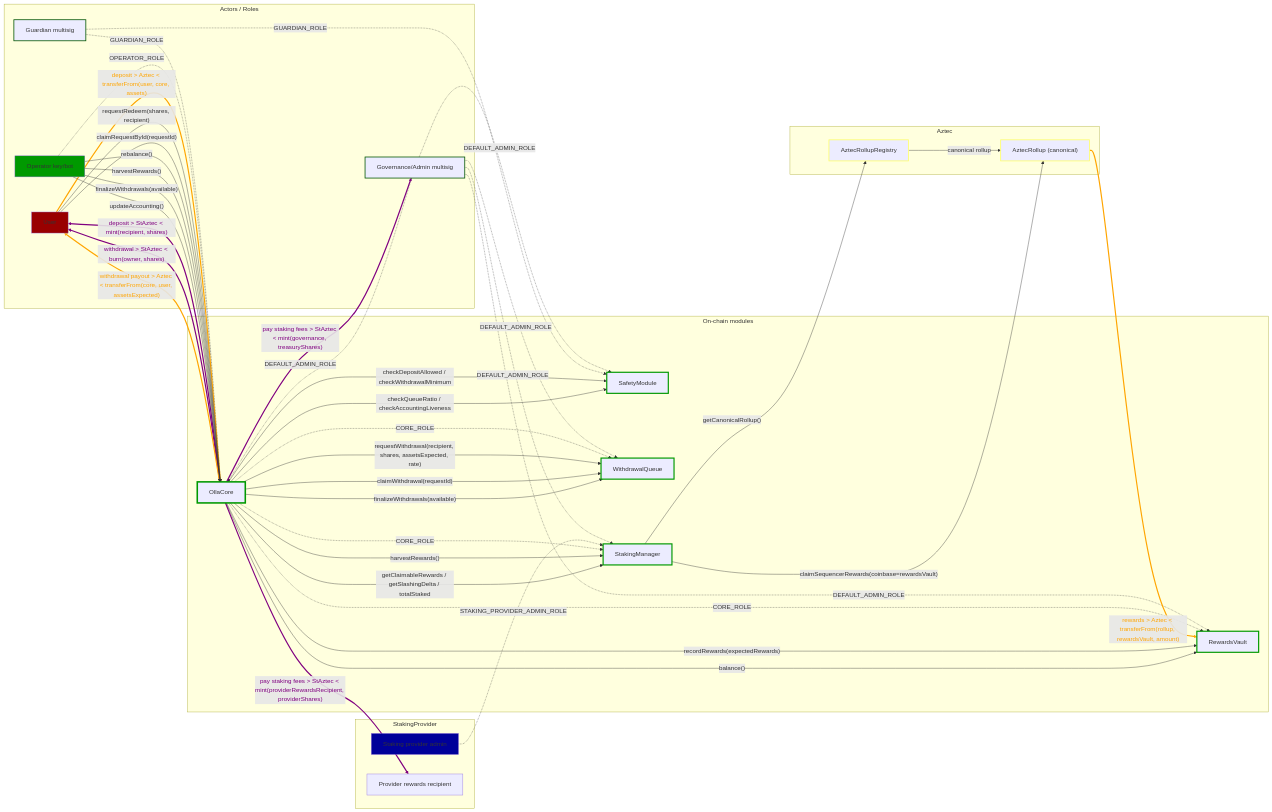
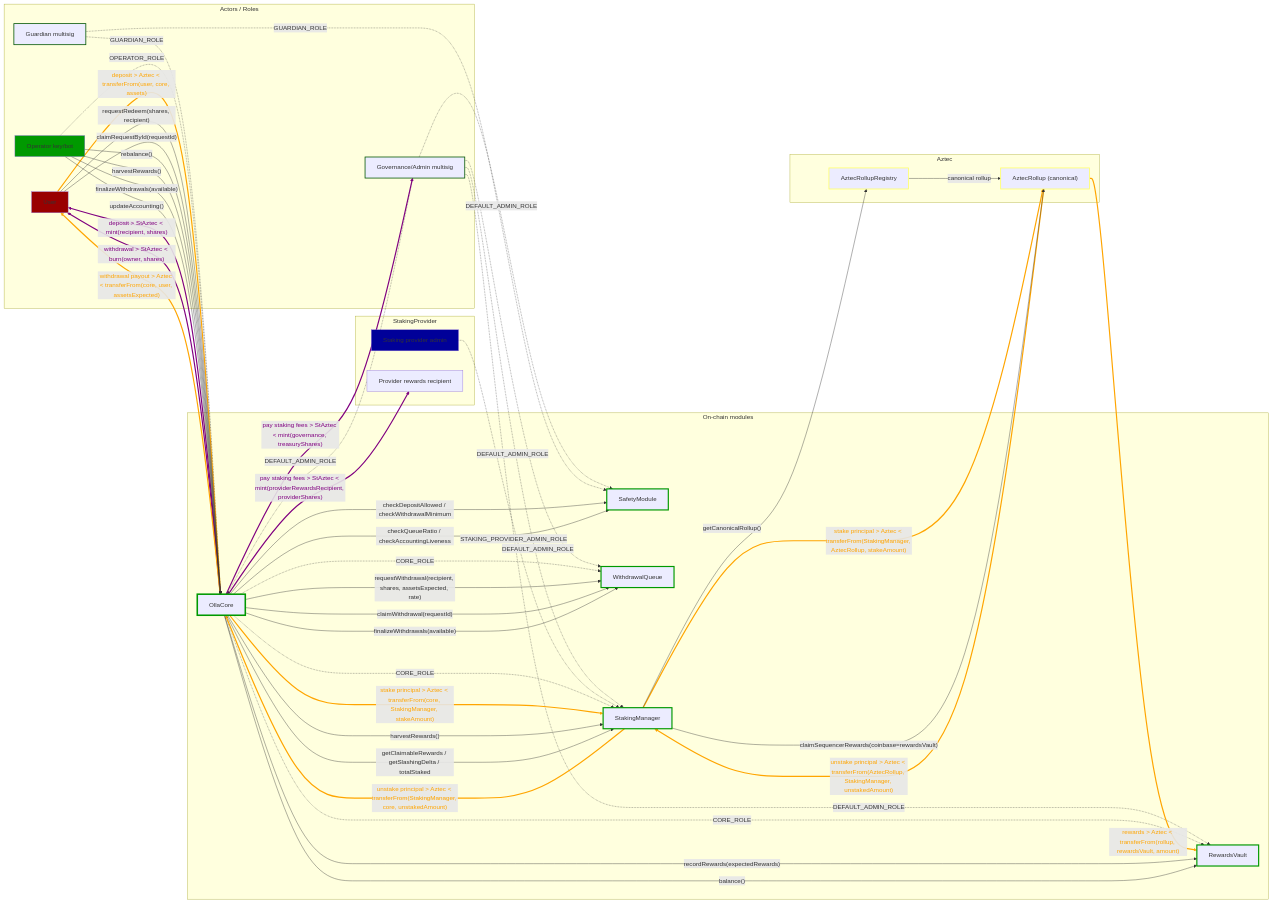
Before and after one commit to ollafinance/core: the first of 5 diagrams in mermaid-diagrams.md, drawn with Mermaid.

Commit message:
colouring token-links

```diff
--- a/mermaid-diagrams.md
+++ b/mermaid-diagrams.md
@@ -70,6 +70,12 @@
 operatorKey -->|"finalizeWithdrawals(available)"| core
 operatorKey -->|"updateAccounting()"| core
 
+%% Staking principal (AZTEC token) movements
+core -->|"stake principal > Aztec < transferFrom(core, StakingManager, stakeAmount)"| stkMan
+stkMan -->|"stake principal > Aztec < transferFrom(StakingManager, AztecRollup, stakeAmount)"| rollup
+rollup -->|"unstake principal > Aztec < transferFrom(AztecRollup, StakingManager, unstakedAmount)"| stkMan
+stkMan -->|"unstake principal > Aztec < transferFrom(StakingManager, core, unstakedAmount)"| core
+
 core -->|"harvestRewards()"| stkMan
 stkMan -->|"getCanonicalRollup()"| rollupRegistry
 rollupRegistry -->|"canonical rollup"| rollup
@@ -86,8 +92,8 @@
 core -->|"pay staking fees > StAztec < mint(providerRewardsRecipient, providerShares)"| providerRewardsRecipient
 
 %% Emphasis
-linkStyle 13,15,35,36 stroke:purple,stroke-width:3px,color:purple;
-linkStyle 12,19,30 stroke:orange,stroke-width:3px,color:orange;
+linkStyle 13,15,39,40 stroke:purple,stroke-width:3px,color:purple;
+linkStyle 12,19,26,27,28,29,34 stroke:orange,stroke-width:3px,color:orange;
 
 style user fill:#900
 style operatorKey fill:#090
```
